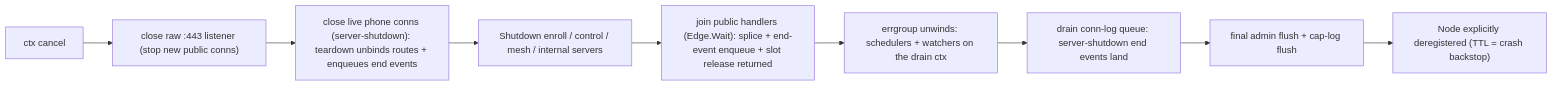
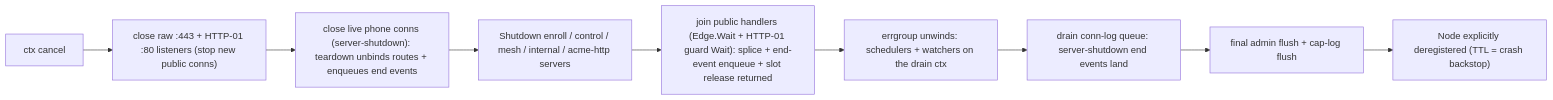
One commit to danielealbano/android-remote-control-mcp-tunneld changed the third of 3 diagrams in docs/ARCHITECTURE.md. Above: the diagram before and after it, drawn with Mermaid. The commit also changed other lines of this file and 5 other files, not shown here.

First line of the commit message:
docs(docs): describe per-CA ACME validation, the :80 listener and the staging tier

````diff
--- a/docs/ARCHITECTURE.md
+++ b/docs/ARCHITECTURE.md
@@ -212,11 +246,11 @@
 ```mermaid
 flowchart LR
-  cancel["ctx cancel"] --> close["close raw :443 listener (stop new public conns)"]
+  cancel["ctx cancel"] --> close["close raw :443 + HTTP-01 :80 listeners (stop new public conns)"]
   close --> phones["close live phone conns (server-shutdown): teardown unbinds routes + enqueues end events"]
-  phones --> drain["Shutdown enroll / control / mesh / internal servers"]
-  drain --> join["join public handlers (Edge.Wait): splice + end-event enqueue + slot release returned"]
+  phones --> drain["Shutdown enroll / control / mesh / internal / acme-http servers"]
+  drain --> join["join public handlers (Edge.Wait + HTTP-01 guard Wait): splice + end-event enqueue + slot release returned"]
   join --> group["errgroup unwinds: schedulers + watchers on the drain ctx"]
   group --> queue["drain conn-log queue: server-shutdown end events land"]
   queue --> flush["final admin flush + cap-log flush"]
   flush --> dereg["Node explicitly deregistered (TTL = crash backstop)"]
 ```
````
